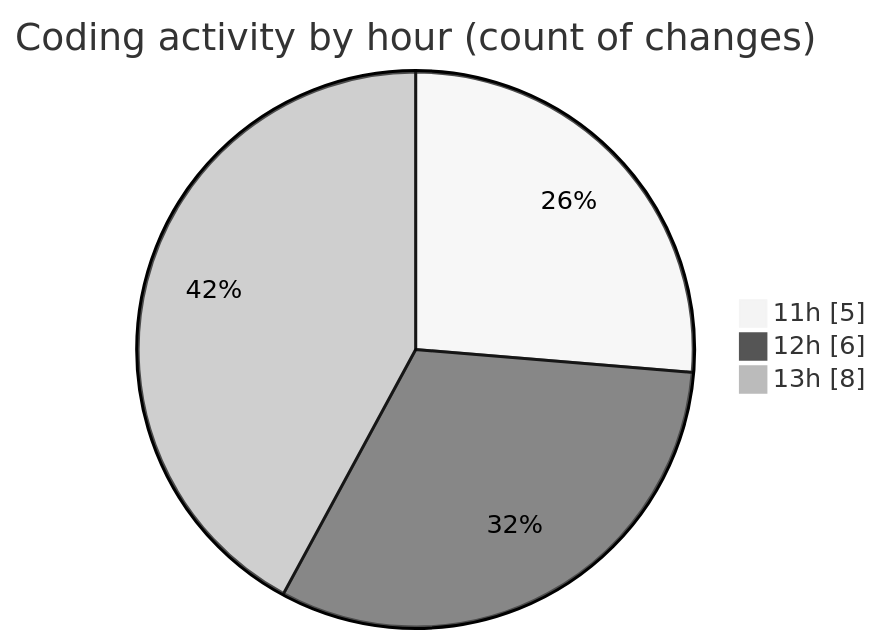
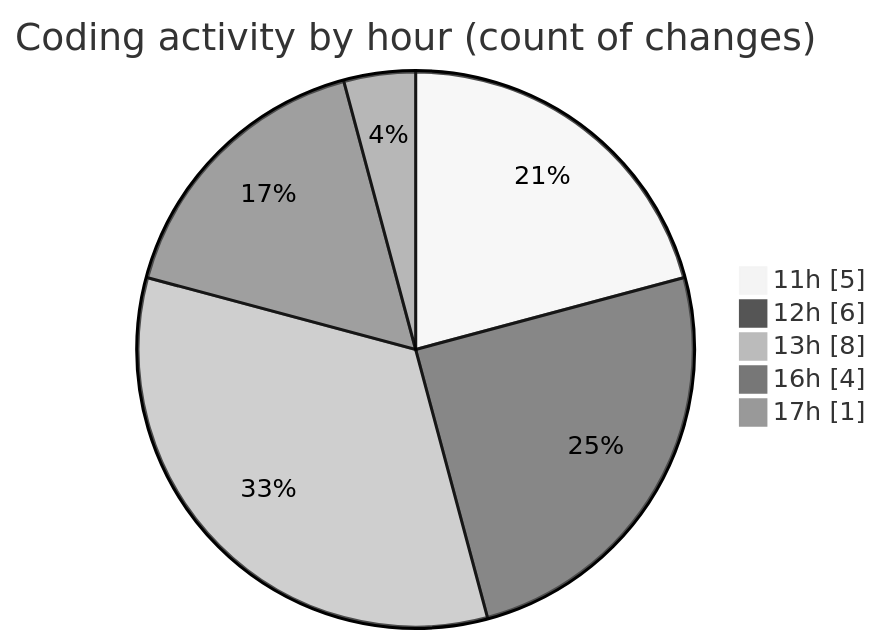
One commit to momahboobian/code-tracking changed the second of 2 diagrams in 2026-02-18/cda/README.md. Above: the diagram before and after it, drawn with Mermaid (neutral theme). The commit also changed other lines of this file and 1 other file, not shown here.

````diff
--- a/2026-02-18/cda/README.md
+++ b/2026-02-18/cda/README.md
@@ -39,7 +40,9 @@
 ```mermaid
 pie showData
 title Coding activity by hour (count of changes)
 "11h" : 5
 "12h" : 6
 "13h" : 8
+"16h" : 4
+"17h" : 1
 ```
````
